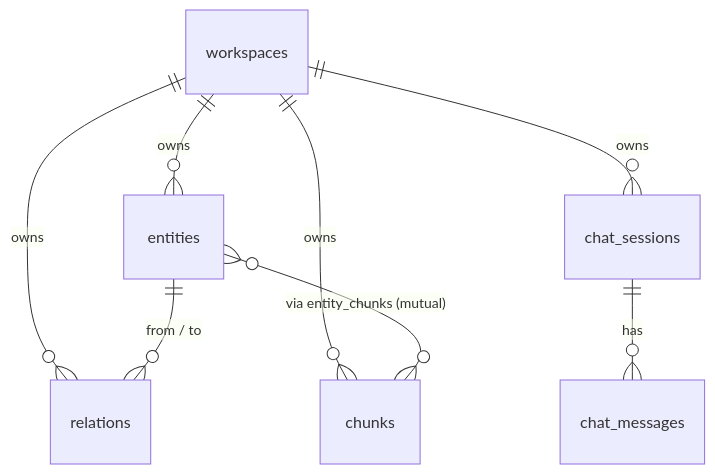
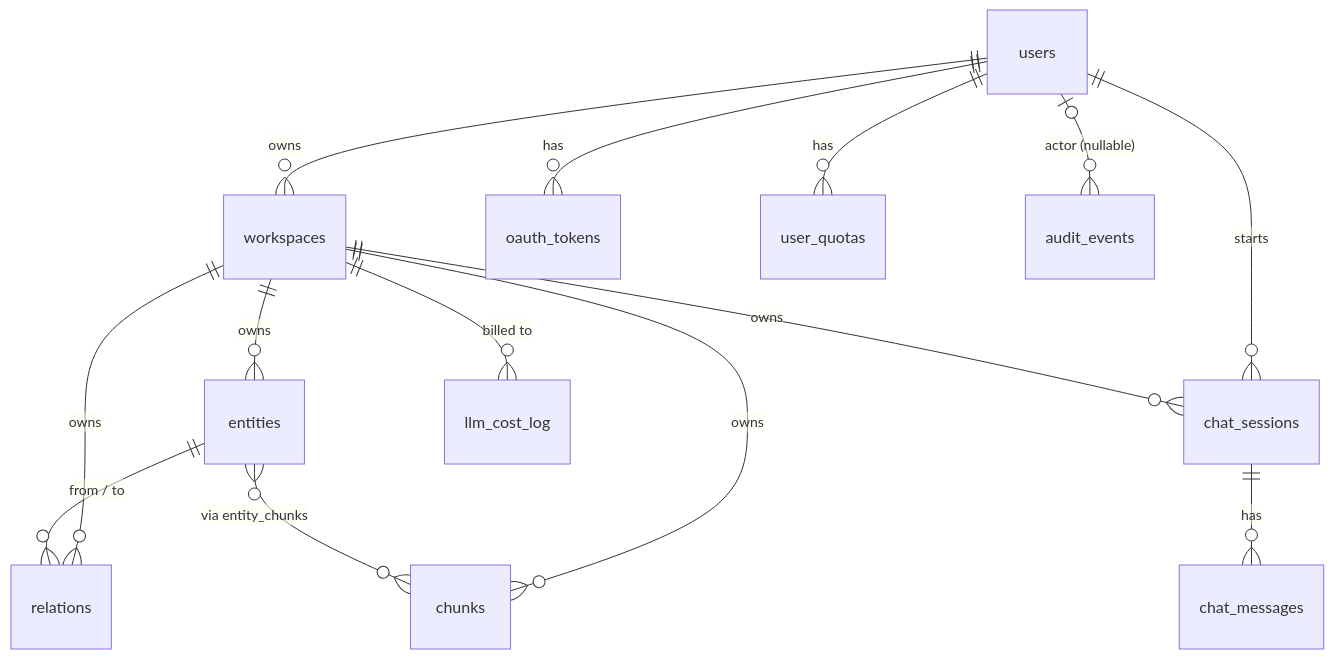
One commit to psyspeedi/repobuddy changed the fourth of 4 diagrams in docs/architecture.md. Above: the diagram before and after it, drawn with Mermaid. The commit also changed other lines of this file and 7 other files, not shown here.

````diff
--- a/docs/architecture.md
+++ b/docs/architecture.md
@@ -133,10 +206,19 @@
 ```mermaid
 erDiagram
+    users ||--o{ workspaces : owns
+    users ||--o{ oauth_tokens : has
+    users ||--o{ user_quotas : has
+    users ||--o{ chat_sessions : starts
+    users |o--o{ audit_events : "actor (nullable)"
+
     workspaces ||--o{ entities : owns
+    workspaces ||--o{ relations : owns
     workspaces ||--o{ chunks : owns
-    workspaces ||--o{ relations : owns
     workspaces ||--o{ chat_sessions : owns
+    workspaces ||--o{ llm_cost_log : "billed to"
+
     entities ||--o{ relations : "from / to"
-    entities }o--o{ chunks : "via entity_chunks (mutual)"
+    entities }o--o{ chunks : "via entity_chunks"
+
     chat_sessions ||--o{ chat_messages : has
 ```
````
